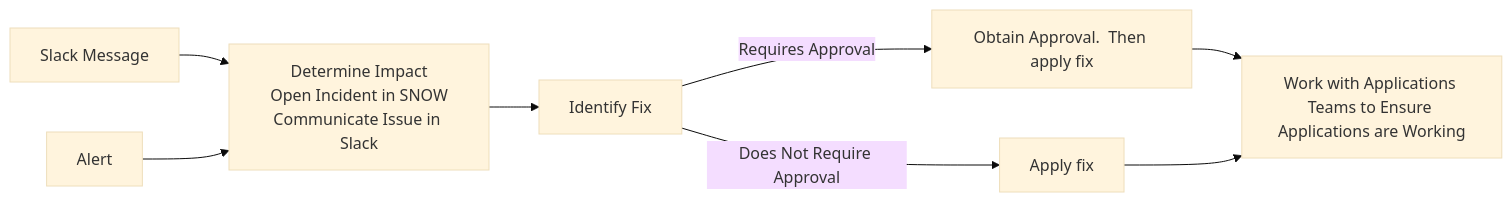
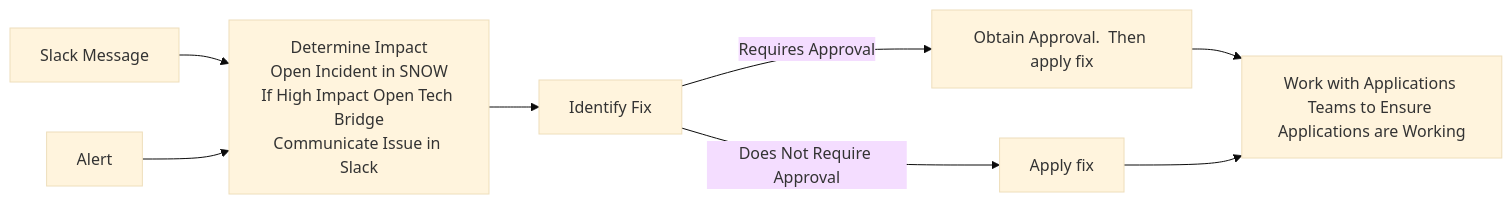
The third of 3 diagrams in index.md (lsst-dm/dmtn-316), drawn with Mermaid (base theme) before and after one commit. The commit also changed other lines of this file, not shown here.

````diff
--- a/index.md
+++ b/index.md
@@ -196,12 +197,13 @@
 ```mermaid
 flowchart LR;
     A[Slack Message]-->C[Determine Impact];
     B[Alert]-->C["`Determine Impact
     Open Incident in SNOW
+    If High Impact Open Tech Bridge
     Communicate Issue in Slack`"];
     C --> D[Identify Fix];
     D -- Requires Approval --> E[Obtain Approval.  Then apply fix];
     D -- Does Not Require Approval --> F[Apply fix];
     E --> G[Work with Applications Teams to Ensure Applications are Working]
     F --> G[Work with Applications Teams to Ensure Applications are Working]
 ```
````
